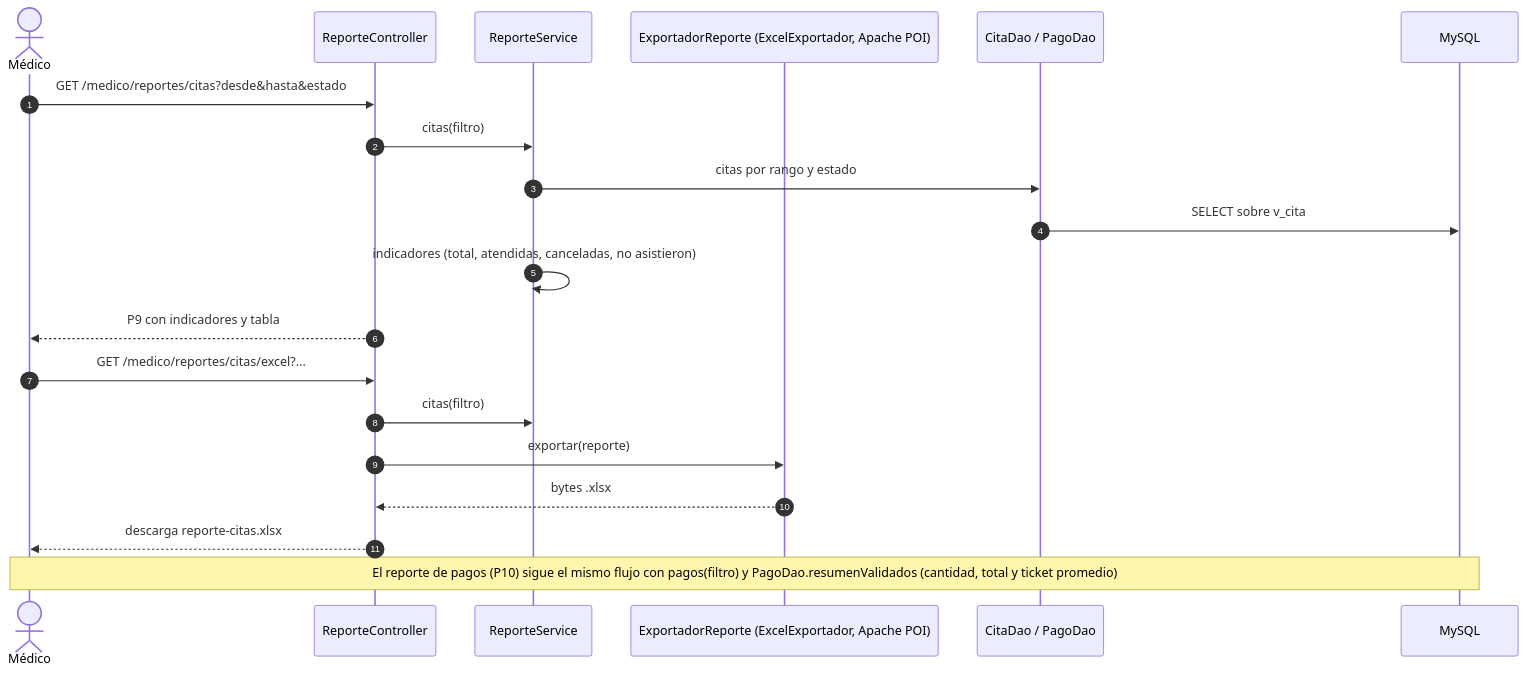
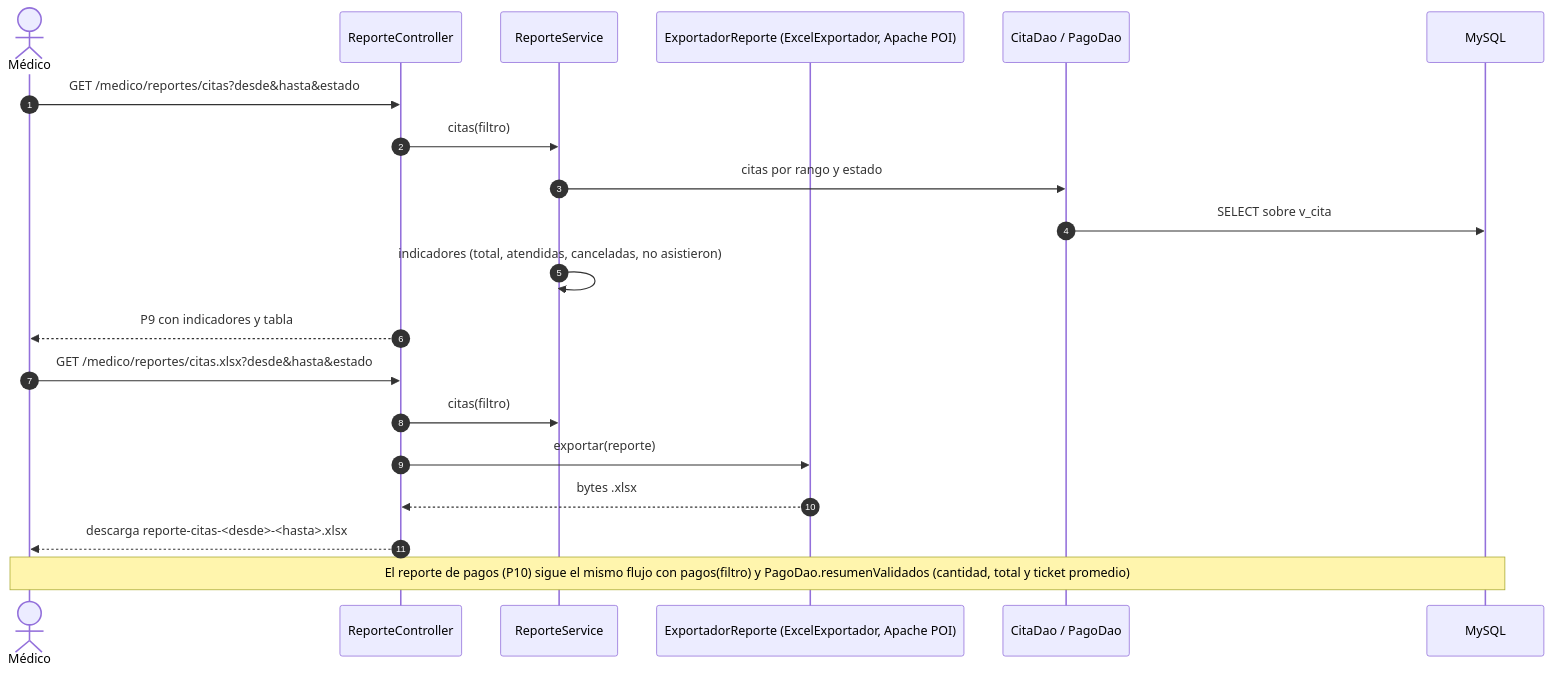
Before and after one commit to manuelguarniz/medifast: the ninth of 12 diagrams in README.md, drawn with Mermaid. The commit also changed other lines of this file and 28 other files, not shown here.

````diff
--- a/README.md
+++ b/README.md
@@ -507,25 +504,25 @@
 ```mermaid
 sequenceDiagram
     autonumber
     actor Med as Médico
     participant C as ReporteController
     participant R as ReporteService
     participant E as ExportadorReporte (ExcelExportador, Apache POI)
     participant D as CitaDao / PagoDao
     participant DB as MySQL
 
     Med->>C: GET /medico/reportes/citas?desde&hasta&estado
     C->>R: citas(filtro)
     R->>D: citas por rango y estado
     D->>DB: SELECT sobre v_cita
     R->>R: indicadores (total, atendidas, canceladas, no asistieron)
     C-->>Med: P9 con indicadores y tabla
 
-    Med->>C: GET /medico/reportes/citas/excel?...
+    Med->>C: GET /medico/reportes/citas.xlsx?desde&hasta&estado
     C->>R: citas(filtro)
     C->>E: exportar(reporte)
     E-->>C: bytes .xlsx
-    C-->>Med: descarga reporte-citas.xlsx
+    C-->>Med: descarga reporte-citas-<desde>-<hasta>.xlsx
 
     Note over Med,DB: El reporte de pagos (P10) sigue el mismo flujo con pagos(filtro) y PagoDao.resumenValidados (cantidad, total y ticket promedio)
 ```
````
